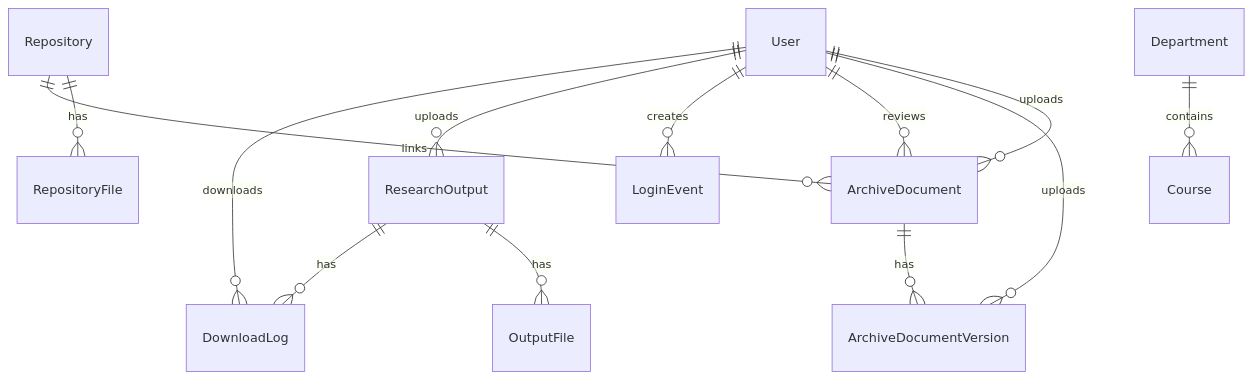
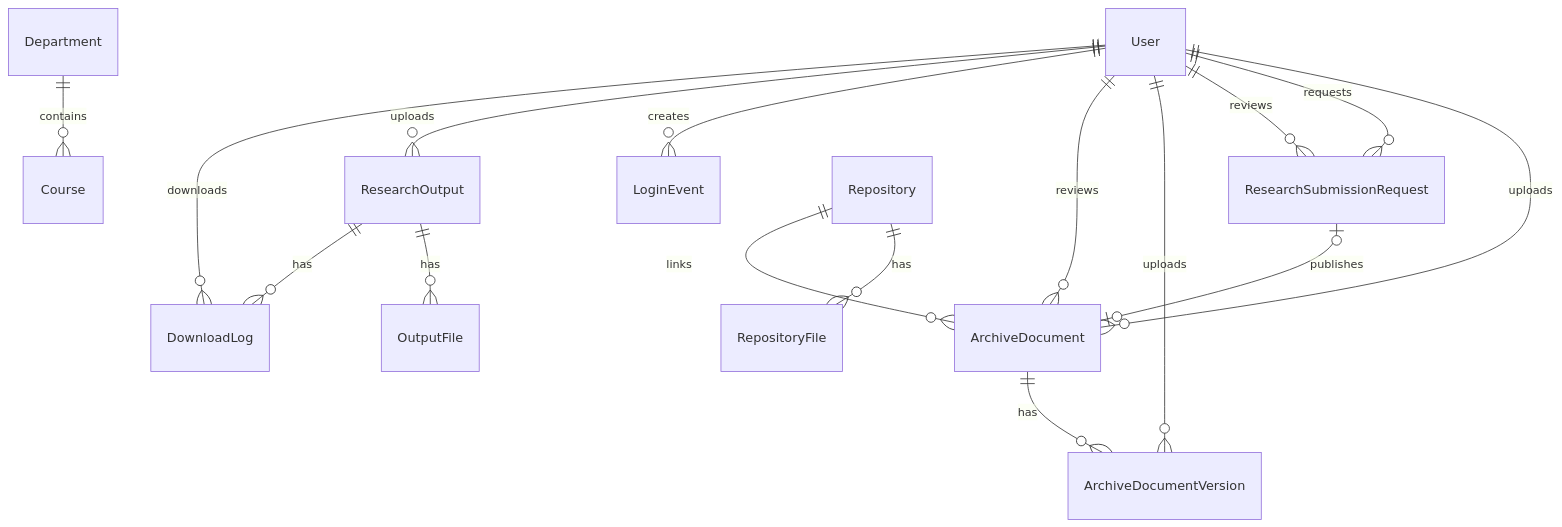
The second of 3 diagrams in SYSTEM_DESIGN.md (vinxe94/SaliksikLab), drawn with Mermaid before and after one commit. The commit also changed other lines of this file and 135 other files, not shown here.

````diff
--- a/SYSTEM_DESIGN.md
+++ b/SYSTEM_DESIGN.md
@@ -125,16 +127,19 @@
 ```mermaid
 erDiagram
     User ||--o{ ArchiveDocument : uploads
+    User ||--o{ ResearchSubmissionRequest : requests
+    User ||--o{ ResearchSubmissionRequest : reviews
     User ||--o{ ArchiveDocumentVersion : uploads
     User ||--o{ ArchiveDocument : reviews
     User ||--o{ LoginEvent : creates
     User ||--o{ ResearchOutput : uploads
     User ||--o{ DownloadLog : downloads
 
     Department ||--o{ Course : contains
     ArchiveDocument ||--o{ ArchiveDocumentVersion : has
+    ResearchSubmissionRequest |o--o| ArchiveDocument : publishes
     ResearchOutput ||--o{ OutputFile : has
     ResearchOutput ||--o{ DownloadLog : has
     Repository ||--o{ RepositoryFile : has
     Repository ||--o{ ArchiveDocument : links
 ```
````
